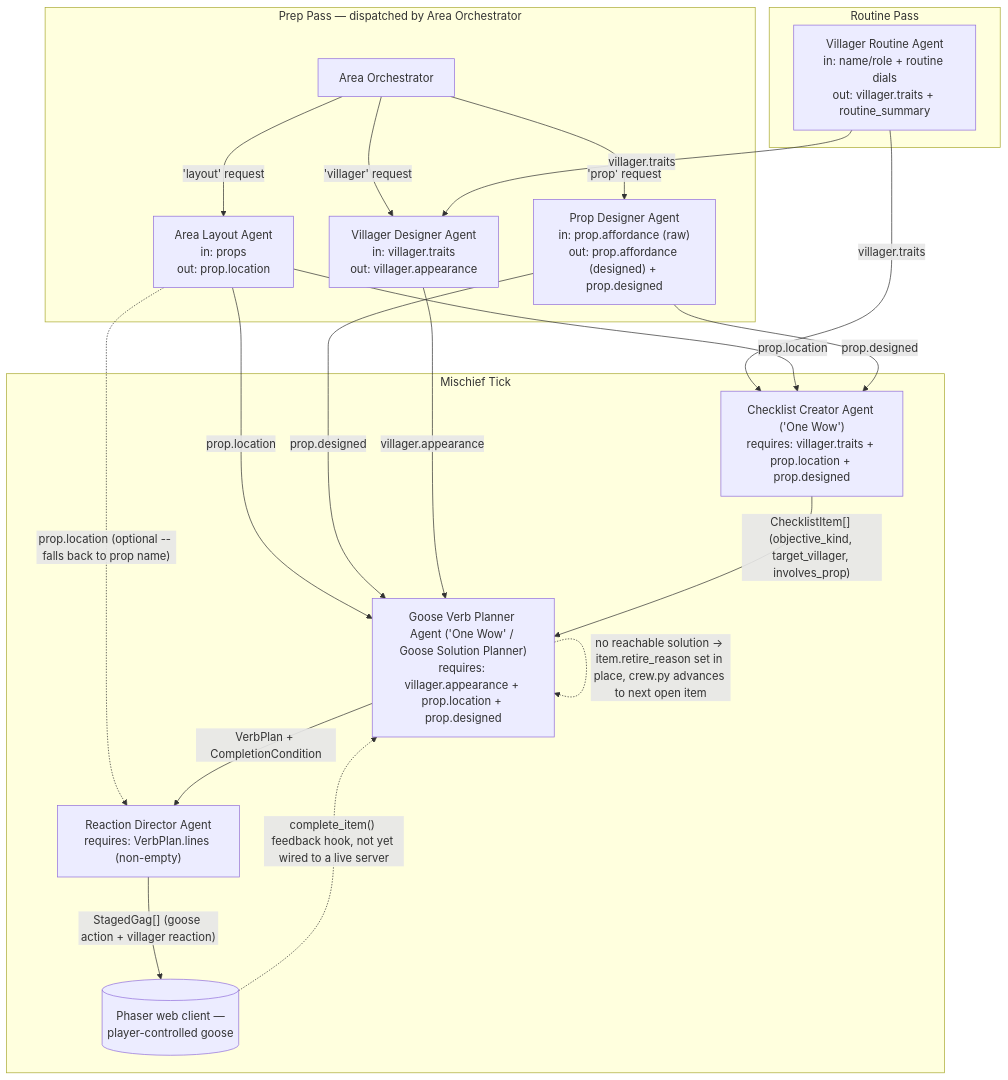
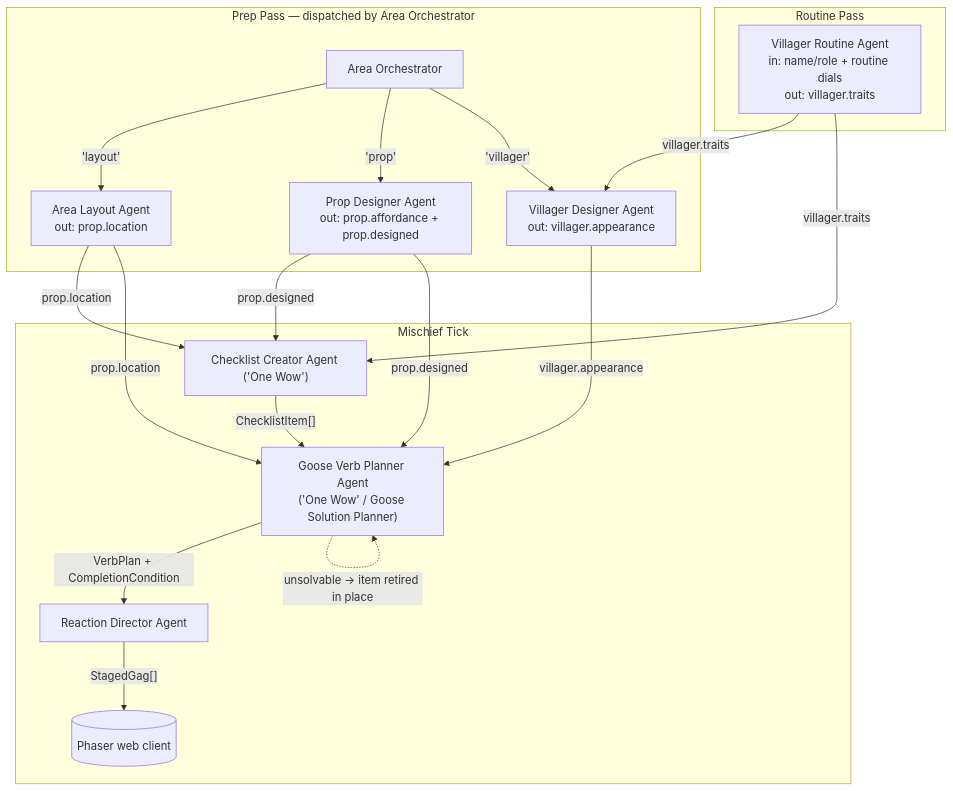
One commit to BeverlyAb/Multi-Agent-Game-Development changed the diagram in UntitledGooseGame_Multi_Agent/Readme.md. Above: the diagram before and after it, drawn with Mermaid. The commit also changed other lines of this file and 8 other files, not shown here.

````diff
--- a/UntitledGooseGame_Multi_Agent/Readme.md
+++ b/UntitledGooseGame_Multi_Agent/Readme.md
@@ -120,39 +78,37 @@
 ```mermaid
 flowchart TB
     subgraph ROUTINE["Routine Pass"]
-        VRA["Villager Routine Agent<br/>in: name/role + routine dials<br/>out: villager.traits + routine_summary"]
+        VRA["Villager Routine Agent<br/>in: name/role + routine dials<br/>out: villager.traits"]
     end
 
     subgraph PREP["Prep Pass — dispatched by Area Orchestrator"]
         AO["Area Orchestrator"]
-        ALA["Area Layout Agent<br/>in: props<br/>out: prop.location"]
-        PDA["Prop Designer Agent<br/>in: prop.affordance (raw)<br/>out: prop.affordance (designed) + prop.designed"]
-        VDA["Villager Designer Agent<br/>in: villager.traits<br/>out: villager.appearance"]
+        ALA["Area Layout Agent<br/>out: prop.location"]
+        PDA["Prop Designer Agent<br/>out: prop.affordance + prop.designed"]
+        VDA["Villager Designer Agent<br/>out: villager.appearance"]
 
-        AO -->|"'layout' request"| ALA
-        AO -->|"'prop' request"| PDA
-        AO -->|"'villager' request"| VDA
+        AO -->|"'layout'"| ALA
+        AO -->|"'prop'"| PDA
+        AO -->|"'villager'"| VDA
     end
 
     subgraph TICK["Mischief Tick"]
-        CCA["Checklist Creator Agent ('One Wow')<br/>requires: villager.traits + prop.location + prop.designed"]
-        GVP["Goose Verb Planner Agent ('One Wow' / Goose Solution Planner)<br/>requires: villager.appearance + prop.location + prop.designed"]
-        RDA2["Reaction Director Agent<br/>requires: VerbPlan.lines (non-empty)"]
-        GAME[("Phaser web client —<br/>player-controlled goose")]
+        CCA["Checklist Creator Agent ('One Wow')"]
+        GVP["Goose Verb Planner Agent<br/>('One Wow' / Goose Solution Planner)"]
+        RDA2["Reaction Director Agent"]
+        GAME[("Phaser web client")]
     end
 
     VRA -->|"villager.traits"| VDA
     VRA -->|"villager.traits"| CCA
     ALA -->|"prop.location"| CCA
     ALA -->|"prop.location"| GVP
-    ALA -.->|"prop.location (optional -- falls back to prop name)"| RDA2
     PDA -->|"prop.designed"| CCA
     PDA -->|"prop.designed"| GVP
     VDA -->|"villager.appearance"| GVP
 
-    CCA -->|"ChecklistItem[] (objective_kind, target_villager, involves_prop)"| GVP
+    CCA -->|"ChecklistItem[]"| GVP
     GVP -->|"VerbPlan + CompletionCondition"| RDA2
-    GVP -.->|"no reachable solution -> item.retire_reason set in place, crew.py advances to next open item"| GVP
-    RDA2 -->|"StagedGag[] (goose action + villager reaction)"| GAME
-    GAME -.->|"complete_item() feedback hook, not yet wired to a live server"| GVP
+    GVP -.->|"unsolvable -> item retired in place"| GVP
+    RDA2 -->|"StagedGag[]"| GAME
 ```
````
